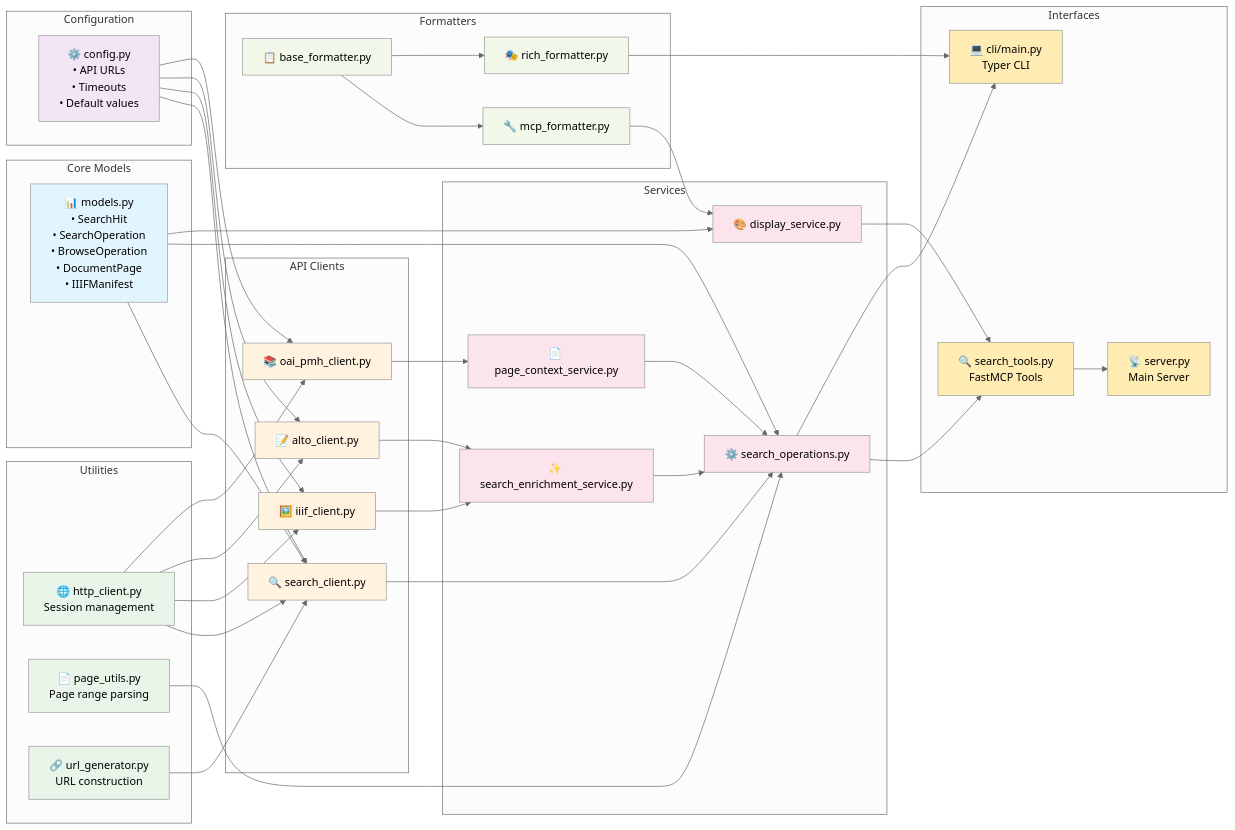
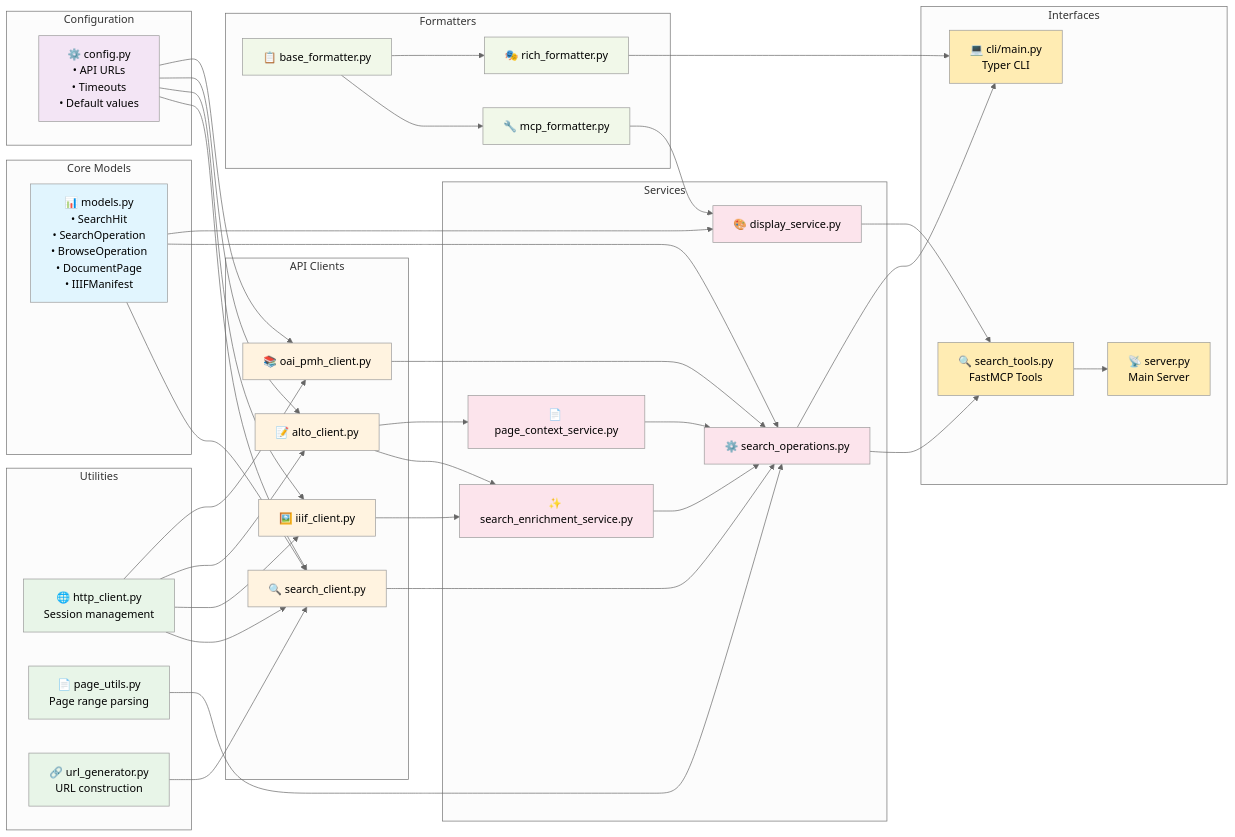
One commit to AI-Riksarkivet/ra-mcp changed the fifth of 5 diagrams in docs/architecture-diagrams.md. Above: the diagram before and after it, drawn with Mermaid (neutral theme). The commit also changed other lines of this file, not shown here.

First line of the commit message:
docs: fix architecture diagram accuracy and improve grouping

```diff
--- a/docs/architecture-diagrams.md
+++ b/docs/architecture-diagrams.md
@@ -381,7 +398,8 @@
     SEARCH_CLI --> SEARCH_SVC
     IIIF_CLI --> ENRICH_SVC
     ALTO_CLI --> ENRICH_SVC
-    OAI_CLI --> PAGE_SVC
+    ALTO_CLI --> PAGE_SVC
+    OAI_CLI --> SEARCH_SVC
 
     ENRICH_SVC --> SEARCH_SVC
     PAGE_SVC --> SEARCH_SVC
```
